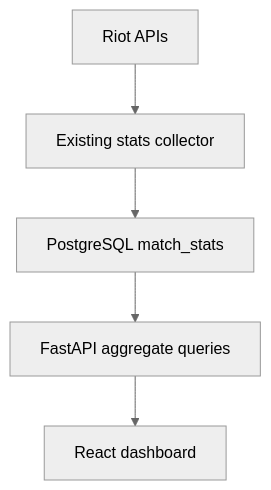
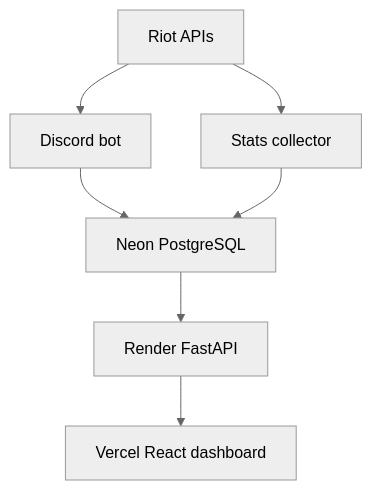
One commit to ReymondOH/LeagueMatch-Discord-Bot changed the diagram in web/README.md. Above: the diagram before and after it, drawn with Mermaid (neutral theme). The commit also changed other lines of this file and 1 other file, not shown here.

Commit message:
Update bot and web READMEs files

````diff
--- a/web/README.md
+++ b/web/README.md
@@ -25,7 +20,9 @@
 ```mermaid
 flowchart TD
-  Riot["Riot APIs"] --> Collector["Existing stats collector"]
-  Collector --> PG["PostgreSQL match_stats"]
-  PG --> API["FastAPI aggregate queries"]
-  API --> Web["React dashboard"]
+  Riot["Riot APIs"] --> Bot["Discord bot"]
+  Riot --> Collector["Stats collector"]
+  Bot --> DB["Neon PostgreSQL"]
+  Collector --> DB
+  DB --> API["Render FastAPI"]
+  API --> Site["Vercel React dashboard"]
 ```
````
